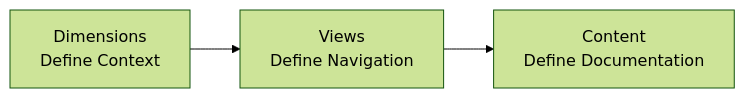
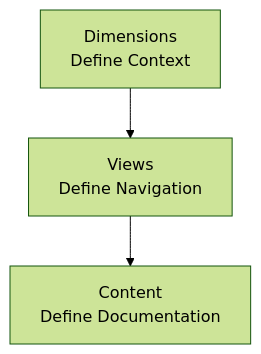
Before and after one commit to documentation-ai/DocumentationAI-Docs: the first of 2 diagrams in customization-and-configuration/site-configuration.mdx, drawn with Mermaid (forest theme). The commit also changed other lines of this file, not shown here.

````diff
--- a/customization-and-configuration/site-configuration.mdx
+++ b/customization-and-configuration/site-configuration.mdx
@@ -226,5 +226,5 @@
 ```mermaid
-flowchart LR
+flowchart TB
   A[Dimensions<br/>Define Context] --> B[Views<br/>Define Navigation]
   B --> C[Content<br/>Define Documentation]
 ```
````
